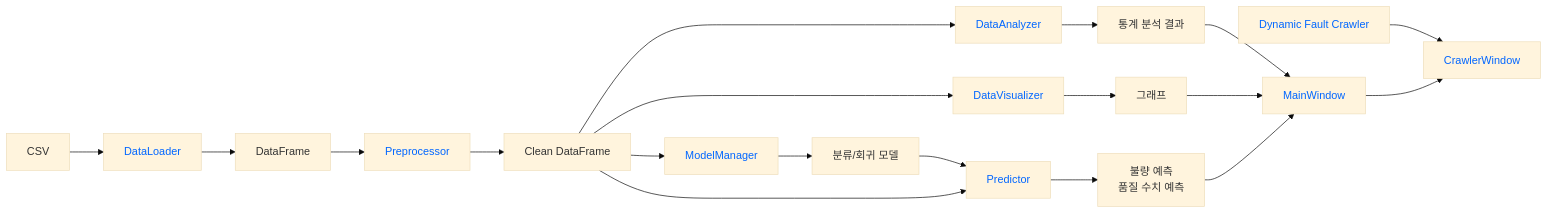
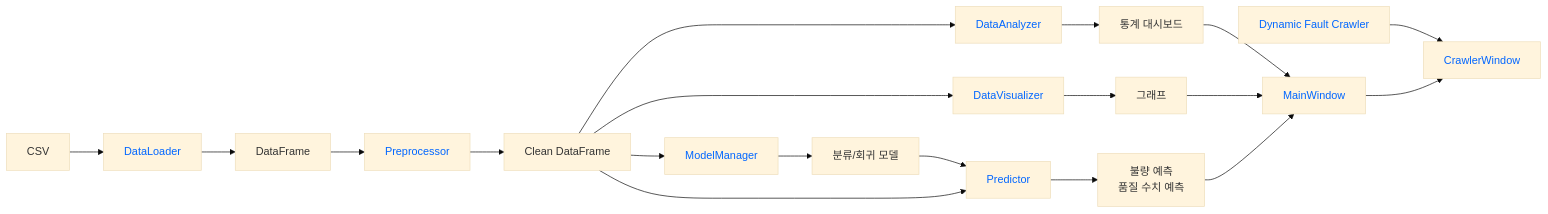
One commit to mitsuiJin/python-mini-project changed the first of 2 diagrams in README.md. Above: the diagram before and after it, drawn with Mermaid (base theme). The commit also changed other lines of this file and 3 other files, not shown here.

````diff
--- a/README.md
+++ b/README.md
@@ -7,39 +7,39 @@
 ```mermaid
 graph LR
 
     A[CSV] --> B[DataLoader]
     B --> C[DataFrame]
 
     C --> D[Preprocessor]
     D --> E[Clean DataFrame]
 
     E --> F[DataAnalyzer]
     E --> G[DataVisualizer]
     E --> H[ModelManager]
 
-    F --> I[통계 분석 결과]
+    F --> I[통계 대시보드]
     G --> J[그래프]
 
     H --> K[분류/회귀 모델]
 
     K --> L[Predictor]
     E --> L
 
     L --> M[불량 예측<br/>품질 수치 예측]
 
     I --> N[MainWindow]
     J --> N
     M --> N
 
 
 
     P[Dynamic Fault Crawler]
     P --> Q
     Q[CrawlerWindow]
     N --> Q
     %% 클래스 글자색
     classDef pythonClass color:#0066ff;
 
     %% 클래스 지정
     class B,D,F,G,H,L,N,Q,P pythonClass;
 ```
````
